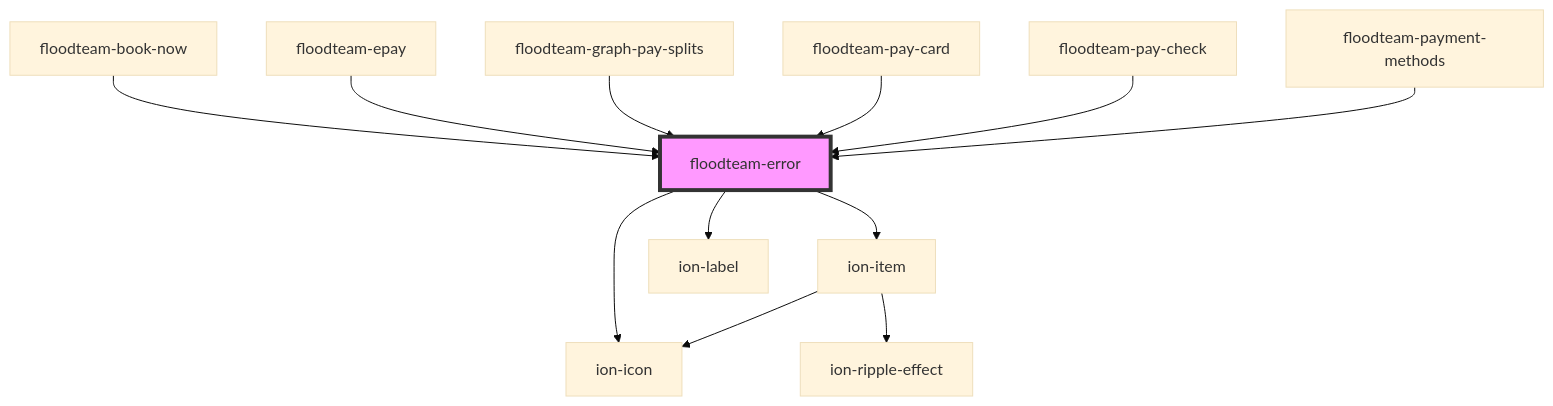
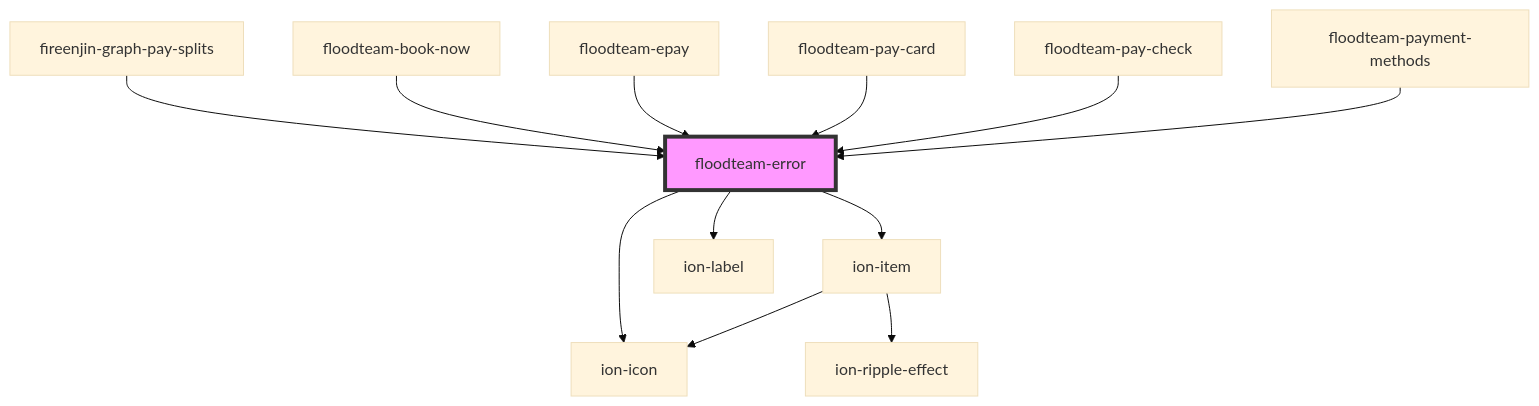
One commit to FloodTeam/components changed the diagram in src/components/error/readme.md. Above: the diagram before and after it, drawn with Mermaid (base theme). The commit also changed other lines of this file and 5 other files, not shown here.

````diff
--- a/src/components/error/readme.md
+++ b/src/components/error/readme.md
@@ -35,15 +35,15 @@
 ```mermaid
 graph TD;
   floodteam-error --> ion-item
   floodteam-error --> ion-icon
   floodteam-error --> ion-label
   ion-item --> ion-icon
   ion-item --> ion-ripple-effect
+  fireenjin-graph-pay-splits --> floodteam-error
   floodteam-book-now --> floodteam-error
   floodteam-epay --> floodteam-error
-  floodteam-graph-pay-splits --> floodteam-error
   floodteam-pay-card --> floodteam-error
   floodteam-pay-check --> floodteam-error
   floodteam-payment-methods --> floodteam-error
   style floodteam-error fill:#f9f,stroke:#333,stroke-width:4px
 ```
````
